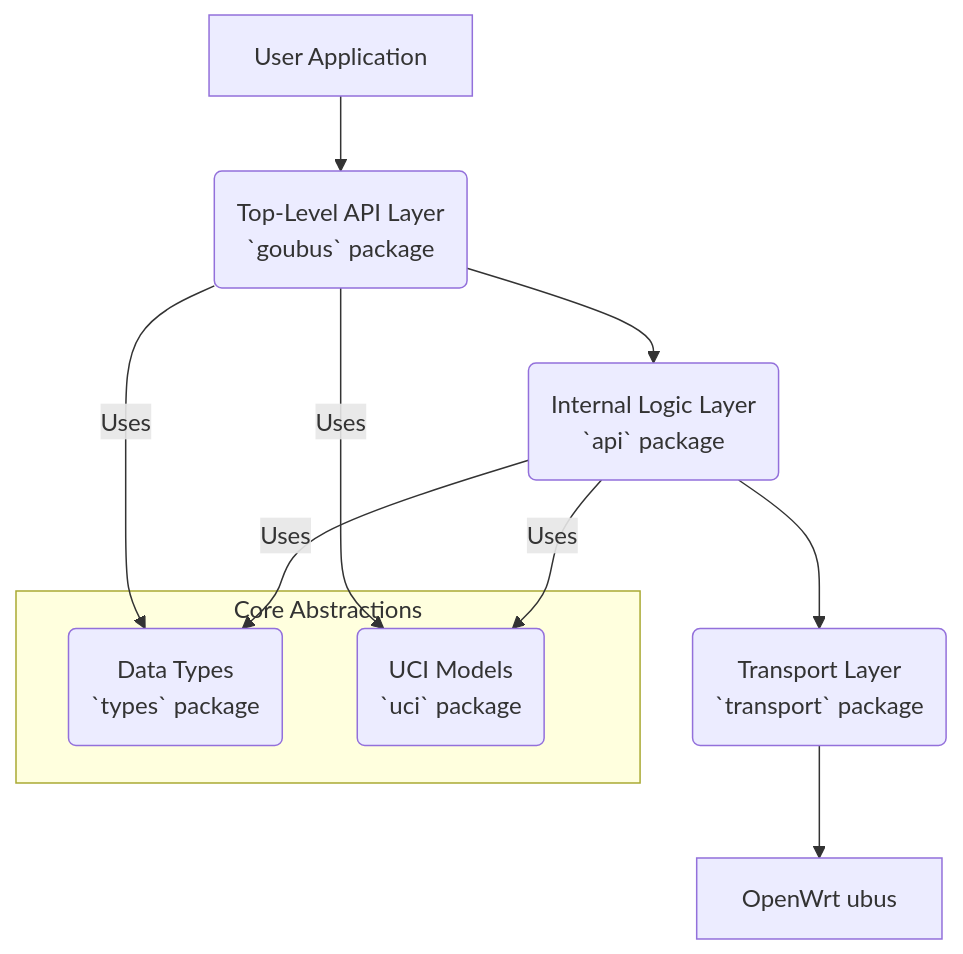
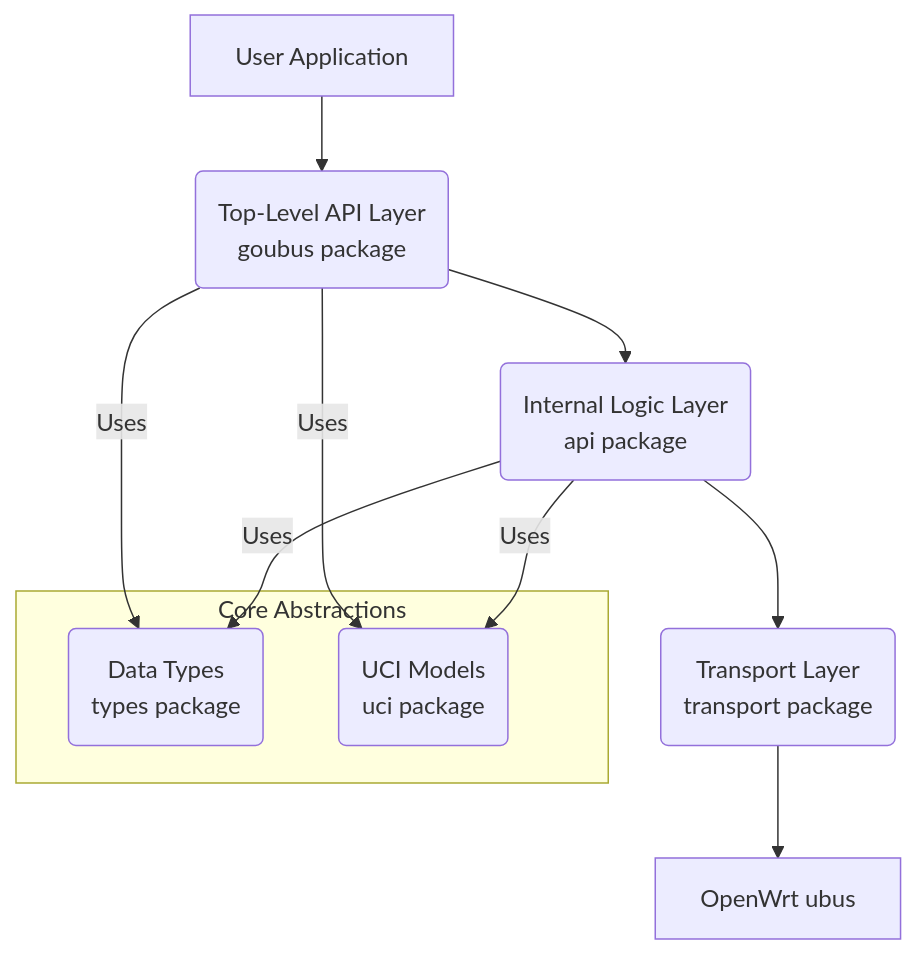
Before and after one commit to HoneyBBQ/goubus: the diagram in README.md, drawn with Mermaid. The commit also changed other lines of this file and 1 other file, not shown here.

Commit message:
docs: correct some error

````diff
--- a/README.md
+++ b/README.md
@@ -60,17 +60,17 @@
 ```mermaid
 graph TD
-    A[User Application] --> B(Top-Level API Layer<br/>`goubus` package);
-    B --> C(Internal Logic Layer<br/>`api` package);
-    C --> D(Transport Layer<br/>`transport` package);
+    A[User Application] --> B(Top-Level API Layer<br/> goubus package);
+    B --> C(Internal Logic Layer<br/> api package);
+    C --> D(Transport Layer<br/> transport package);
     D --> E[OpenWrt ubus];
 
     subgraph "Core Abstractions"
-        F(Data Types<br/>`types` package)
-        G(UCI Models<br/>`uci` package)
+        F(Data Types<br/> types package)
+        G(UCI Models<br/> uci package)
     end
 
     B -- Uses --> F;
     B -- Uses --> G;
     C -- Uses --> F;
     C -- Uses --> G;
 ```
````
